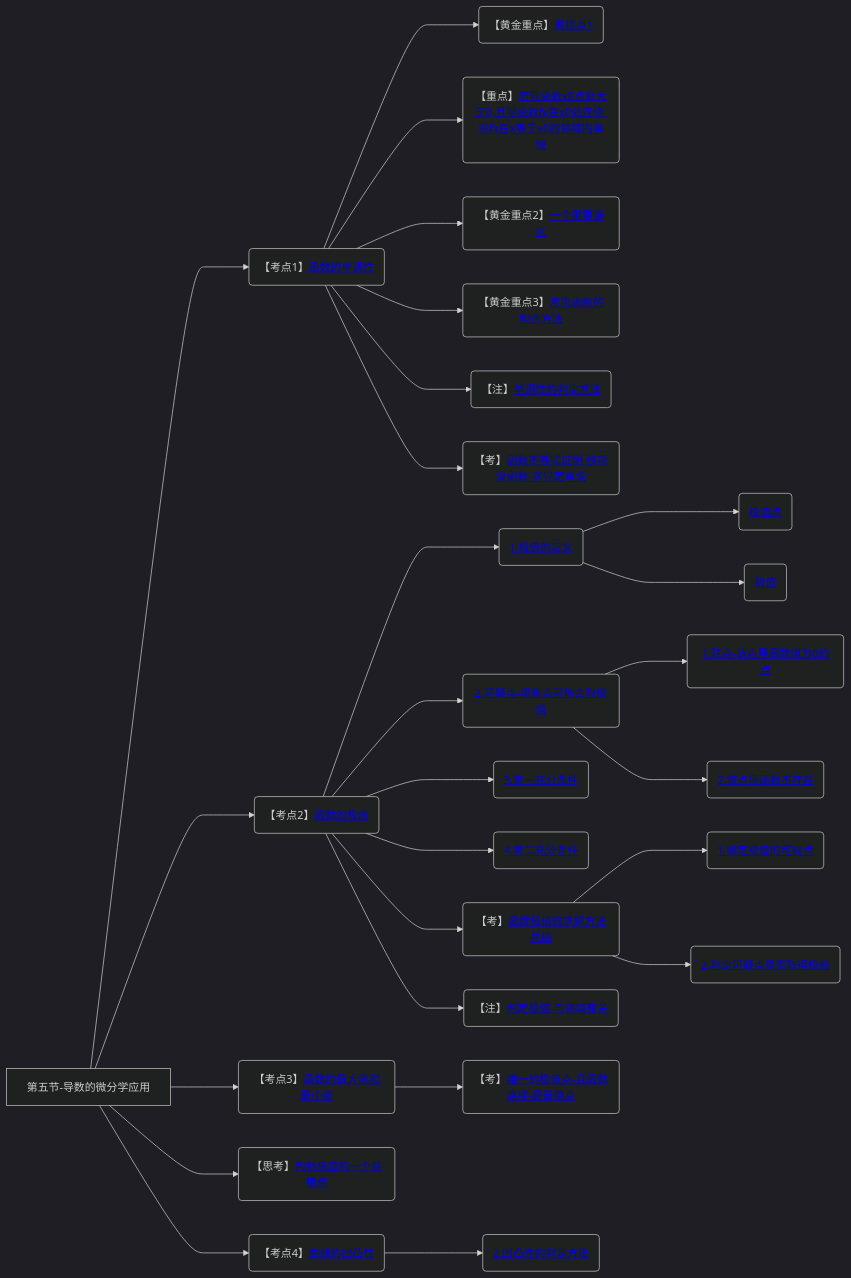
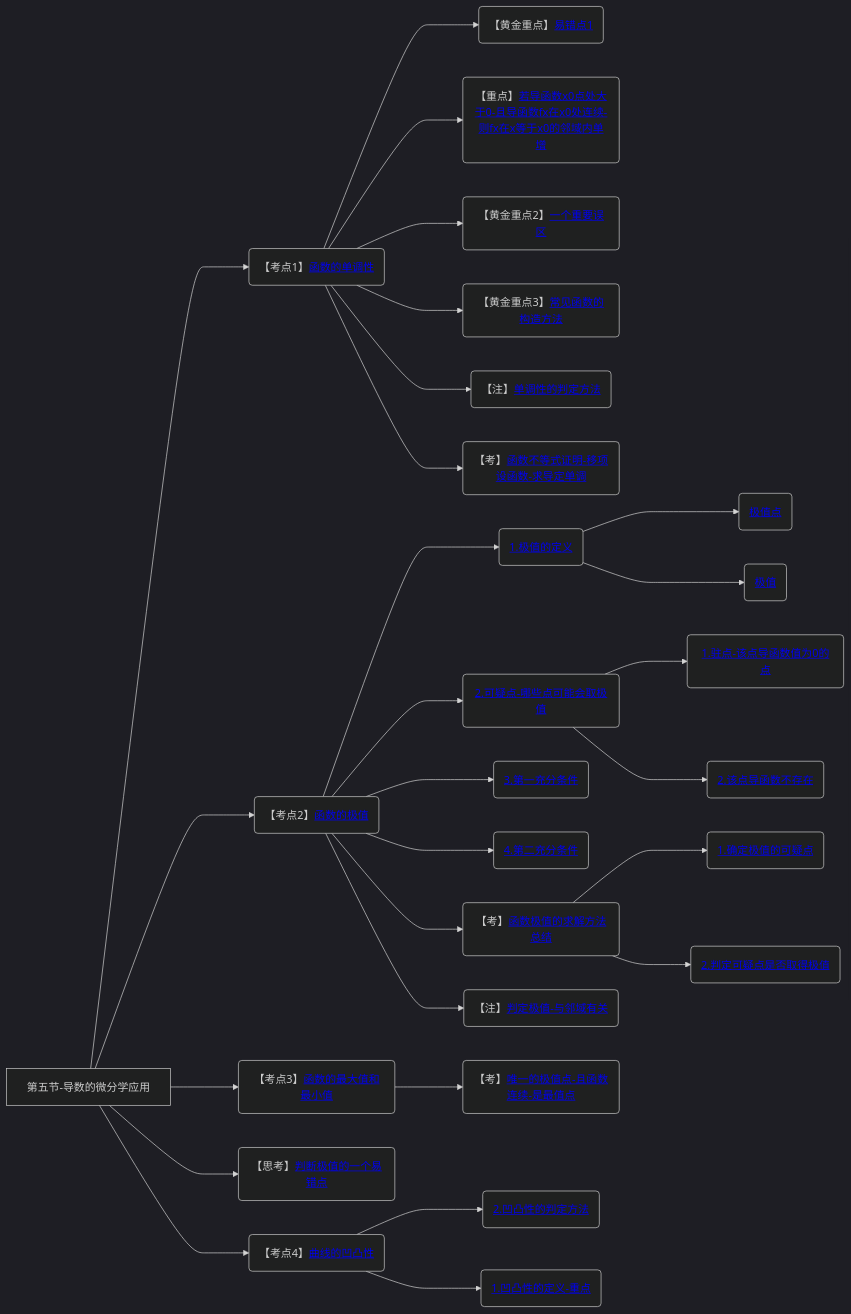
One commit to yuebinghui/note changed diagram 15 of 15 in 笔记/数学/周洋鑫/01.基础班思维导图.md. Above: the diagram before and after it, drawn with Mermaid (dark theme). The commit also changed 3 other files, not shown here.

````diff
--- a/笔记/数学/周洋鑫/01.基础班思维导图.md
+++ b/笔记/数学/周洋鑫/01.基础班思维导图.md
@@ -530,34 +530,35 @@
 ```mermaid
 graph LR
 第五节-导数的微分学应用
 
 第五节-导数的微分学应用--->函数的单调性(【考点1】<a href="/Users/yuebinghui/Documents/program/github/note/笔记/数学/周洋鑫/基础班/15.导数的微分学应用_1.md#函数的单调性">函数的单调性</>)
 函数的单调性--->易错点1(【黄金重点】<a href="/Users/yuebinghui/Documents/program/github/note/笔记/数学/周洋鑫/基础班/15.导数的微分学应用_1.md#易错点1">易错点1</>)
 函数的单调性--->若导函数x0点处大于0-且导函数fx在x0处连续-则fx在x等于x0的邻域内单增(【重点】<a href="/Users/yuebinghui/Documents/program/github/note/笔记/数学/周洋鑫/基础班/15.导数的微分学应用_1.md#若导函数x0点处大于0-且导函数fx在x0处连续-则fx在x等于x0的邻域内单增">若导函数x0点处大于0-且导函数fx在x0处连续-则fx在x等于x0的邻域内单增</>)
 函数的单调性--->一个重要误区(【黄金重点2】<a href="/Users/yuebinghui/Documents/program/github/note/笔记/数学/周洋鑫/基础班/15.导数的微分学应用_1.md#一个重要误区">一个重要误区</>)
 函数的单调性--->常见函数的构造方法(【黄金重点3】<a href="/Users/yuebinghui/Documents/program/github/note/笔记/数学/周洋鑫/基础班/15.导数的微分学应用_1.md#常见函数的构造方法">常见函数的构造方法</>)
 函数的单调性--->单调性的判定方法(【注】<a href="/Users/yuebinghui/Documents/program/github/note/笔记/数学/周洋鑫/基础班/15.导数的微分学应用_1.md#单调性的判定方法">单调性的判定方法</>)
 函数的单调性--->函数不等式证明-移项设函数-求导定单调(【考】<a href="/Users/yuebinghui/Documents/program/github/note/笔记/数学/周洋鑫/基础班/15.导数的微分学应用_1.md#函数不等式证明-移项设函数-求导定单调">函数不等式证明-移项设函数-求导定单调</>)
 
 第五节-导数的微分学应用--->函数的极值(【考点2】<a href="/Users/yuebinghui/Documents/program/github/note/笔记/数学/周洋鑫/基础班/16.导数的微分学应用_2.md#函数的极值">函数的极值</>)
 函数的极值--->1.极值的定义(<a href="/Users/yuebinghui/Documents/program/github/note/笔记/数学/周洋鑫/基础班/16.导数的微分学应用_2.md#1.极值的定义">1.极值的定义</>)
 1.极值的定义--->极值点(<a href="/Users/yuebinghui/Documents/program/github/note/笔记/数学/周洋鑫/基础班/16.导数的微分学应用_2.md#极值点">极值点</>)
 1.极值的定义--->极值(<a href="/Users/yuebinghui/Documents/program/github/note/笔记/数学/周洋鑫/基础班/16.导数的微分学应用_2.md#极值">极值</>)
 函数的极值--->2.可疑点-哪些点可能会取极值(<a href="/Users/yuebinghui/Documents/program/github/note/笔记/数学/周洋鑫/基础班/16.导数的微分学应用_2.md#2.可疑点-哪些点可能会取极值">2.可疑点-哪些点可能会取极值</>)
 2.可疑点-哪些点可能会取极值--->1.驻点-该点导函数值为0的点(<a href="/Users/yuebinghui/Documents/program/github/note/笔记/数学/周洋鑫/基础班/16.导数的微分学应用_2.md#1.驻点-该点导函数值为0的点">1.驻点-该点导函数值为0的点</>)
 2.可疑点-哪些点可能会取极值--->2.该点导函数不存在(<a href="/Users/yuebinghui/Documents/program/github/note/笔记/数学/周洋鑫/基础班/16.导数的微分学应用_2.md#2.该点导函数不存在">2.该点导函数不存在</>)
 函数的极值--->3.第一充分条件(<a href="/Users/yuebinghui/Documents/program/github/note/笔记/数学/周洋鑫/基础班/16.导数的微分学应用_2.md#3.第一充分条件">3.第一充分条件</>)
 函数的极值--->4.第二充分条件(<a href="/Users/yuebinghui/Documents/program/github/note/笔记/数学/周洋鑫/基础班/16.导数的微分学应用_2.md#4.第二充分条件">4.第二充分条件</>)
 函数的极值--->函数极值的求解方法总结(【考】<a href="/Users/yuebinghui/Documents/program/github/note/笔记/数学/周洋鑫/基础班/16.导数的微分学应用_2.md#函数极值的求解方法总结">函数极值的求解方法总结</>)
 函数极值的求解方法总结--->1.确定极值的可疑点(<a href="/Users/yuebinghui/Documents/program/github/note/笔记/数学/周洋鑫/基础班/16.导数的微分学应用_2.md#1.确定极值的可疑点">1.确定极值的可疑点</>)
 函数极值的求解方法总结--->2.判定可疑点是否取得极值(<a href="/Users/yuebinghui/Documents/program/github/note/笔记/数学/周洋鑫/基础班/16.导数的微分学应用_2.md#2.判定可疑点是否取得极值">2.判定可疑点是否取得极值</>)
 函数的极值--->判定极值-与邻域有关(【注】<a href="/Users/yuebinghui/Documents/program/github/note/笔记/数学/周洋鑫/基础班/16.导数的微分学应用_2.md#判定极值-与邻域有关">判定极值-与邻域有关</>)
 
 第五节-导数的微分学应用--->函数的最大值和最小值(【考点3】<a href="/Users/yuebinghui/Documents/program/github/note/笔记/数学/周洋鑫/基础班/16.导数的微分学应用_2.md#函数的最大值和最小值">函数的最大值和最小值</>)
 函数的最大值和最小值--->唯一的极值点-且函数连续-是最值点(【考】<a href="/Users/yuebinghui/Documents/program/github/note/笔记/数学/周洋鑫/基础班/16.导数的微分学应用_2.md#唯一的极值点-且函数连续-是最值点">唯一的极值点-且函数连续-是最值点</>)
 
 第五节-导数的微分学应用--->一个易错点(【思考】<a href="/Users/yuebinghui/Documents/program/github/note/笔记/数学/周洋鑫/基础班/17.导数的微分学应用_3.md#一个易错点">判断极值的一个易错点</>)
 
 第五节-导数的微分学应用--->曲线的凹凸性(【考点4】<a href="/Users/yuebinghui/Documents/program/github/note/笔记/数学/周洋鑫/基础班/17.导数的微分学应用_3.md#曲线的凹凸性">曲线的凹凸性</>)
 曲线的凹凸性--->2.凹凸性的判定方法(<a href="/Users/yuebinghui/Documents/program/github/note/笔记/数学/周洋鑫/基础班/17.导数的微分学应用_3.md#2.凹凸性的判定方法">2.凹凸性的判定方法</>)
+曲线的凹凸性--->1.凹凸性的定义-重点(<a href="/Users/yuebinghui/Documents/program/github/note/笔记/数学/周洋鑫/基础班/17.导数的微分学应用_3.md#1.凹凸性的定义-重点">1.凹凸性的定义-重点</>)
 ```
````
